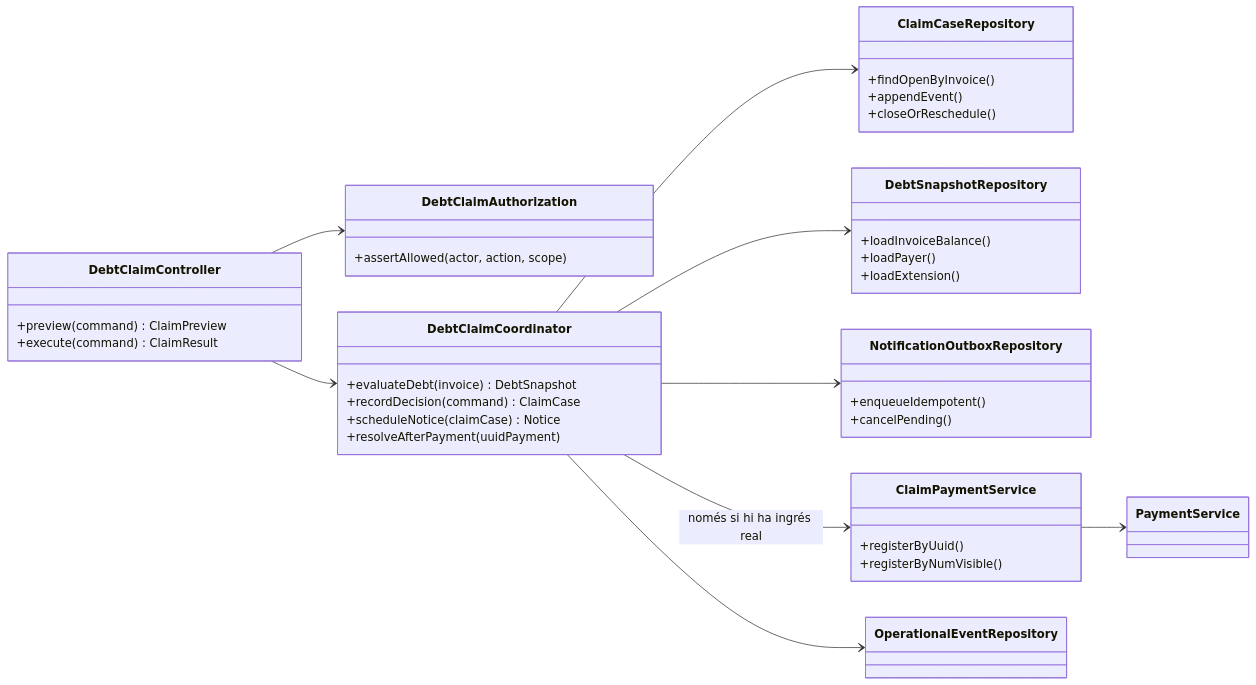
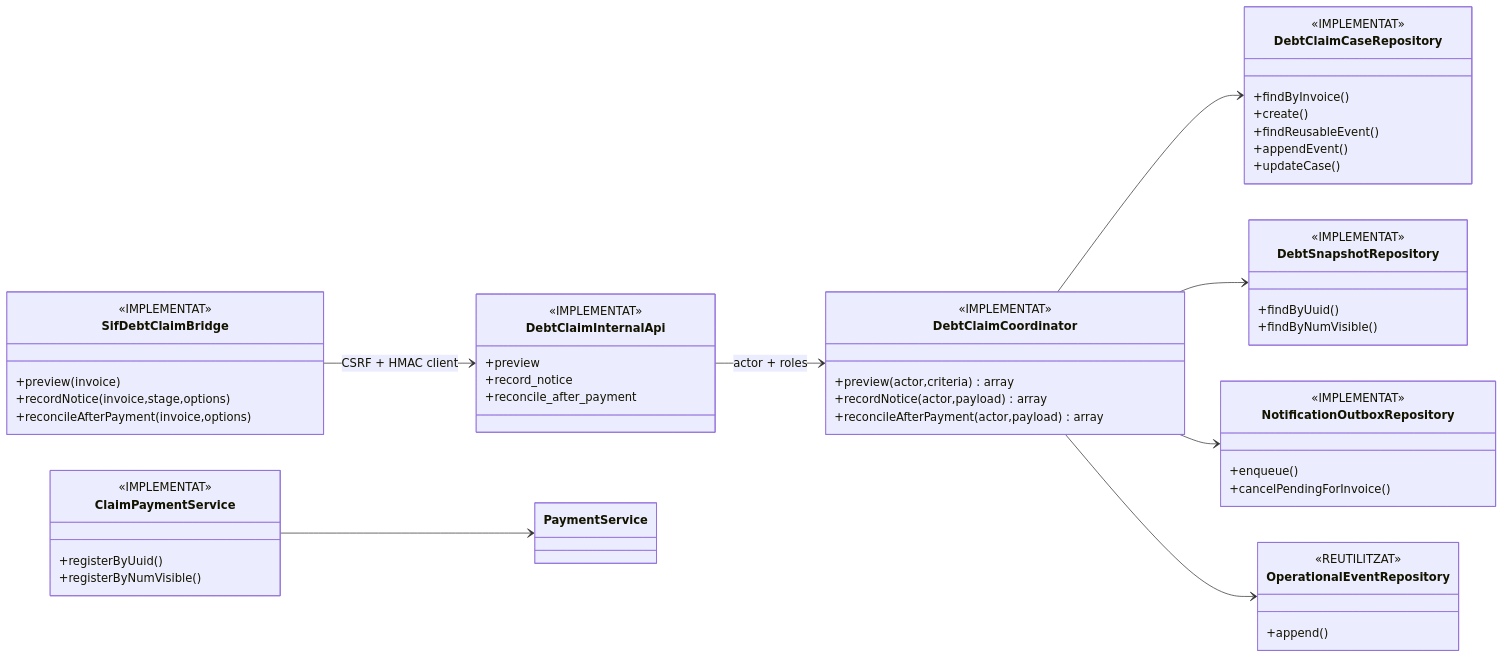
One commit to orgmeriemprismacat-del/verifactu changed the second of 2 diagrams in documentacio/07-uml-integrat/uc-012-classes-actual-final.md. Above: the diagram before and after it, drawn with Mermaid. The commit also changed other lines of this file, not shown here.

Commit message:
docs(UC-012): actualitza classes FINAL a implementacio real

````diff
--- a/documentacio/07-uml-integrat/uc-012-classes-actual-final.md
+++ b/documentacio/07-uml-integrat/uc-012-classes-actual-final.md
@@ -52,45 +51,57 @@
 ```mermaid
 classDiagram
 direction LR
-class DebtClaimController {
-  +preview(command) ClaimPreview
-  +execute(command) ClaimResult
+class SifDebtClaimBridge {
+  <<IMPLEMENTAT>>
+  +preview(invoice)
+  +recordNotice(invoice,stage,options)
+  +reconcileAfterPayment(invoice,options)
 }
-class DebtClaimAuthorization {
-  +assertAllowed(actor, action, scope)
+class DebtClaimInternalApi {
+  <<IMPLEMENTAT>>
+  +preview
+  +record_notice
+  +reconcile_after_payment
 }
 class DebtClaimCoordinator {
-  +evaluateDebt(invoice) DebtSnapshot
-  +recordDecision(command) ClaimCase
-  +scheduleNotice(claimCase) Notice
-  +resolveAfterPayment(uuidPayment)
+  <<IMPLEMENTAT>>
+  +preview(actor,criteria) array
+  +recordNotice(actor,payload) array
+  +reconcileAfterPayment(actor,payload) array
 }
-class ClaimCaseRepository {
-  +findOpenByInvoice()
+class DebtClaimCaseRepository {
+  <<IMPLEMENTAT>>
+  +findByInvoice()
+  +create()
+  +findReusableEvent()
   +appendEvent()
-  +closeOrReschedule()
+  +updateCase()
 }
 class DebtSnapshotRepository {
-  +loadInvoiceBalance()
-  +loadPayer()
-  +loadExtension()
+  <<IMPLEMENTAT>>
+  +findByUuid()
+  +findByNumVisible()
 }
 class NotificationOutboxRepository {
-  +enqueueIdempotent()
-  +cancelPending()
+  <<IMPLEMENTAT>>
+  +enqueue()
+  +cancelPendingForInvoice()
+}
+class OperationalEventRepository {
+  <<REUTILITZAT>>
+  +append()
 }
 class ClaimPaymentService {
+  <<IMPLEMENTAT>>
   +registerByUuid()
   +registerByNumVisible()
 }
 class PaymentService
-class OperationalEventRepository
-DebtClaimController --> DebtClaimAuthorization
-DebtClaimController --> DebtClaimCoordinator
-DebtClaimCoordinator --> ClaimCaseRepository
+SifDebtClaimBridge --> DebtClaimInternalApi : CSRF + HMAC client
+DebtClaimInternalApi --> DebtClaimCoordinator : actor + roles
+DebtClaimCoordinator --> DebtClaimCaseRepository
 DebtClaimCoordinator --> DebtSnapshotRepository
 DebtClaimCoordinator --> NotificationOutboxRepository
 DebtClaimCoordinator --> OperationalEventRepository
-DebtClaimCoordinator --> ClaimPaymentService : només si hi ha ingrés real
 ClaimPaymentService --> PaymentService
 ```
````
